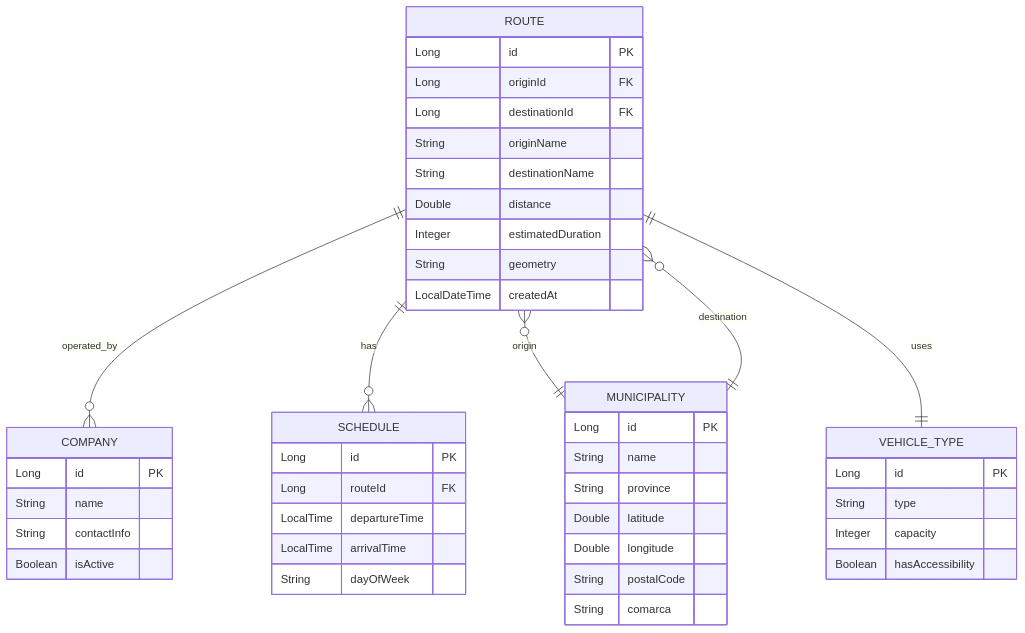
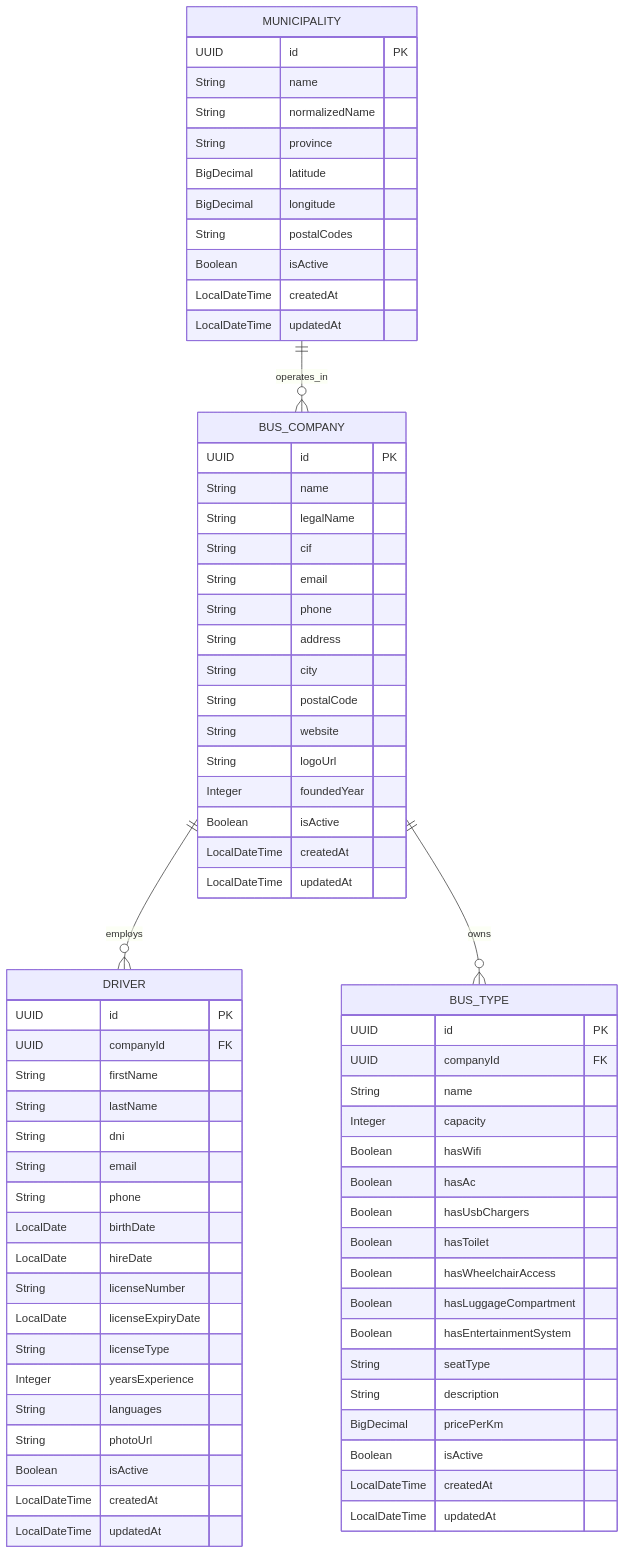
One commit to BusConnectTeam/busConnect-backend changed the fifth of 8 diagrams in catalog-service/ARCHITECTURE.md. Above: the diagram before and after it, drawn with Mermaid. The commit also changed other lines of this file, not shown here.

Commit message:
update catalog-service/architecture

````diff
--- a/catalog-service/ARCHITECTURE.md
+++ b/catalog-service/ARCHITECTURE.md
@@ -267,52 +284,78 @@
 ```mermaid
 erDiagram
-    ROUTE ||--o{ COMPANY : "operated_by"
-    ROUTE ||--o{ SCHEDULE : "has"
-    ROUTE }o--|| MUNICIPALITY : "origin"
-    ROUTE }o--|| MUNICIPALITY : "destination"
-    ROUTE ||--|| VEHICLE_TYPE : "uses"
+    MUNICIPALITY ||--o{ BUS_COMPANY : "operates_in"
+    BUS_COMPANY ||--o{ DRIVER : "employs"
+    BUS_COMPANY ||--o{ BUS_TYPE : "owns"
     
-    ROUTE {
-        Long id PK
-        Long originId FK
-        Long destinationId FK
-        String originName
-        String destinationName
-        Double distance
-        Integer estimatedDuration
-        String geometry
+    MUNICIPALITY {
+        UUID id PK
+        String name
+        String normalizedName
+        String province
+        BigDecimal latitude
+        BigDecimal longitude
+        String postalCodes
+        Boolean isActive
         LocalDateTime createdAt
+        LocalDateTime updatedAt
     }
     
-    MUNICIPALITY {
-        Long id PK
+    BUS_COMPANY {
+        UUID id PK
         String name
-        String province
-        Double latitude
-        Double longitude
+        String legalName
+        String cif
+        String email
+        String phone
+        String address
+        String city
         String postalCode
-        String comarca
+        String website
+        String logoUrl
+        Integer foundedYear
+        Boolean isActive
+        LocalDateTime createdAt
+        LocalDateTime updatedAt
     }
     
-    COMPANY {
-        Long id PK
-        String name
-        String contactInfo
+    DRIVER {
+        UUID id PK
+        UUID companyId FK
+        String firstName
+        String lastName
+        String dni
+        String email
+        String phone
+        LocalDate birthDate
+        LocalDate hireDate
+        String licenseNumber
+        LocalDate licenseExpiryDate
+        String licenseType
+        Integer yearsExperience
+        String languages
+        String photoUrl
         Boolean isActive
+        LocalDateTime createdAt
+        LocalDateTime updatedAt
     }
     
-    SCHEDULE {
-        Long id PK
-        Long routeId FK
-        LocalTime departureTime
-        LocalTime arrivalTime
-        String dayOfWeek
-    }
-    
-    VEHICLE_TYPE {
-        Long id PK
-        String type
+    BUS_TYPE {
+        UUID id PK
+        UUID companyId FK
+        String name
         Integer capacity
-        Boolean hasAccessibility
+        Boolean hasWifi
+        Boolean hasAc
+        Boolean hasUsbChargers
+        Boolean hasToilet
+        Boolean hasWheelchairAccess
+        Boolean hasLuggageCompartment
+        Boolean hasEntertainmentSystem
+        String seatType
+        String description
+        BigDecimal pricePerKm
+        Boolean isActive
+        LocalDateTime createdAt
+        LocalDateTime updatedAt
     }
 ```
````
